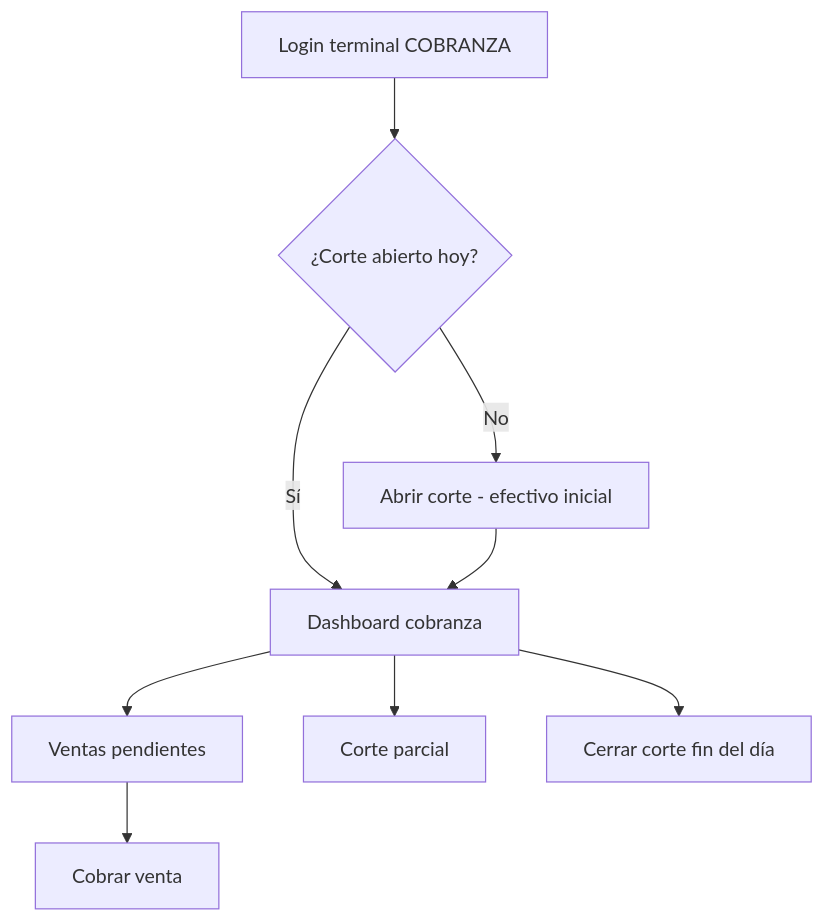
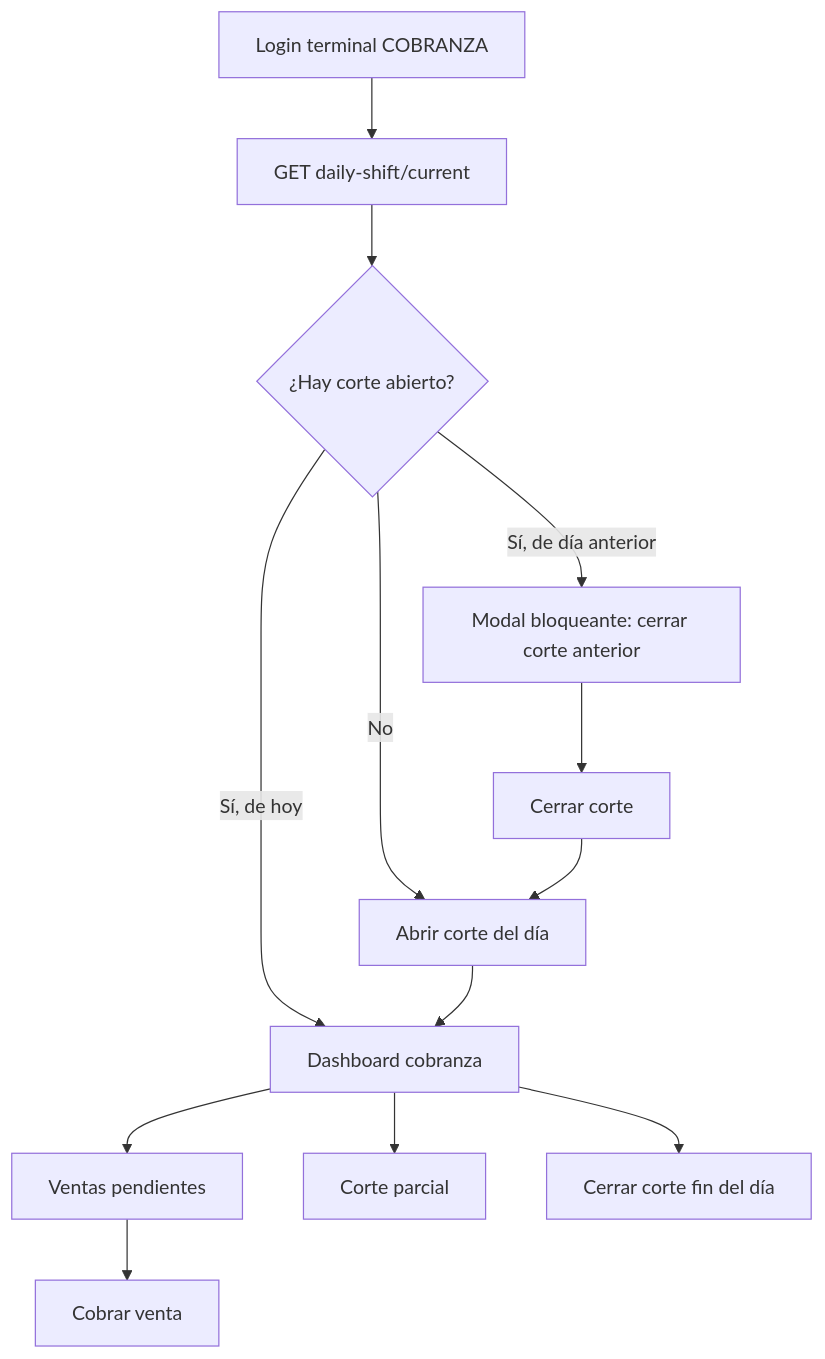
One commit to sinergy-digital-mx/sinergy-erp-backend-clients changed the first of 4 diagrams in src/api/pos-shifts/docs/UI_POS_FLOW.md. Above: the diagram before and after it, drawn with Mermaid. The commit also changed other lines of this file and 48 other files, not shown here.

````diff
--- a/src/api/pos-shifts/docs/UI_POS_FLOW.md
+++ b/src/api/pos-shifts/docs/UI_POS_FLOW.md
@@ -195,11 +195,15 @@
 ```mermaid
 flowchart TD
-    A[Login terminal COBRANZA] --> B{¿Corte abierto hoy?}
-    B -->|No| C[Abrir corte - efectivo inicial]
-    B -->|Sí| D[Dashboard cobranza]
-    C --> D
-    D --> E[Ventas pendientes]
-    D --> F[Corte parcial]
-    D --> G[Cerrar corte fin del día]
-    E --> H[Cobrar venta]
+    A[Login terminal COBRANZA] --> B[GET daily-shift/current]
+    B --> C{¿Hay corte abierto?}
+    C -->|No| D[Abrir corte del día]
+    C -->|Sí, de hoy| E[Dashboard cobranza]
+    C -->|Sí, de día anterior| F[Modal bloqueante: cerrar corte anterior]
+    F --> G[Cerrar corte]
+    G --> D
+    D --> E
+    E --> H[Ventas pendientes]
+    E --> I[Corte parcial]
+    E --> J[Cerrar corte fin del día]
+    H --> K[Cobrar venta]
 ```
````
